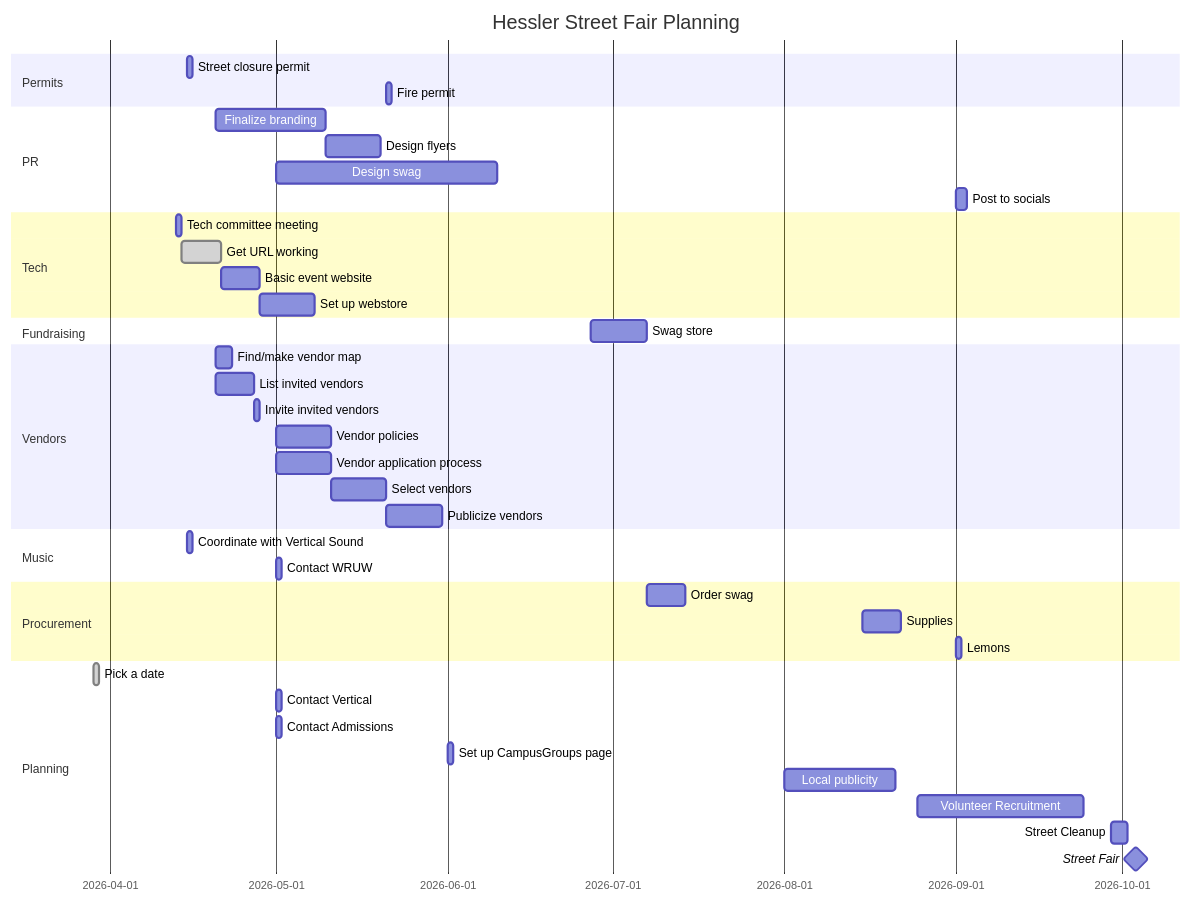
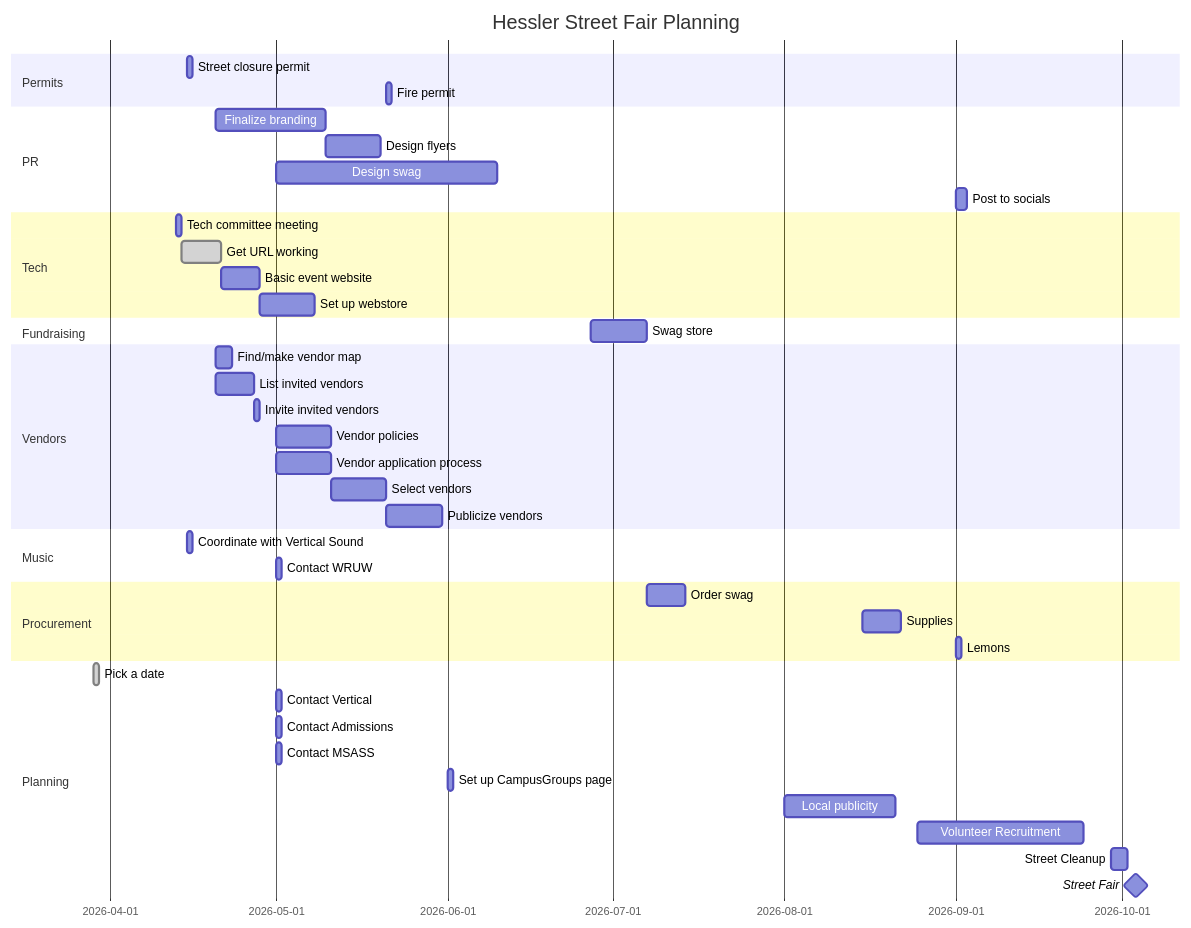
One commit to KCollins/KCollins.github.io changed the diagram in files/fairplan.md. Above: the diagram before and after it, drawn with Mermaid.

````diff
--- a/files/fairplan.md
+++ b/files/fairplan.md
@@ -1,46 +1,47 @@
 ```mermaid
 gantt
     title  Hessler Street Fair Planning
     dateFormat YYYY-MM-DD
     section Permits
             Street closure permit    :streetpermit, 2026-04-15, 1d
             Fire permit    :firepermit, after vendorselect, 1d
 
     section PR
             Finalize branding : brand, 2026-04-20, 20d
             Design flyers : flyers, after brand, 10d
             Design swag    : designswag, 2026-05-01, 40d
             Post to socials: socials, 2026-09-01, 2d
     section Tech
             Tech committee meeting: techmeet, 2026-04-13, 1d
             Get URL working:done, url, after techmeet, 7d
             Basic event website: basicsite, after url, 7d
             Set up webstore: webstore, after basicsite, 10d
     section Fundraising
             Swag store    :swagstore, after designswag webstore swag, 10d
     section Vendors
             Find/make vendor map: vendormap, 2026-04-20, 3d
             List invited vendors: invitelist, 2026-04-20, 7d
             Invite invited vendors: invite, after invitelist, 1d
             Vendor policies: policy, 2026-05-01, 10d
             Vendor application process: vendorapp, 2026-05-01, 10d
             Select vendors: vendorselect, after vendorapp, 10d
             Publicize vendors: vendor-announce, after vendorselect, 10d
     section Music
             Coordinate with Vertical Sound    :vertical, 2026-04-15, 1d
             Contact WRUW: wruw, 2026-05-01, 1d
     section Procurement
             Order swag:   swag, after swagstore, 7d
             Supplies: supplies, 2026-08-15, 7d
             Lemons: lemons, 2026-09-01, 1d
     section Planning
             Pick a date :done, pick, 2026-03-29, 1d
             Contact Vertical: vertical, 2026-05-01, 1d
             Contact Admissions: admissions, 2026-05-01, 1d
+            Contact MSASS: msass, 2026-05-01, 1d
             Set up CampusGroups page: campusgroups, 2026-06-01, 1d
             Local publicity: publicize, 2026-08-01, 20d
             Volunteer Recruitment: recruit, 2026-08-25, 30d
             Street Cleanup: cleanup, 2026-09-29, 3d
             Street Fair        :milestone, streetfair, 2026-10-03, 1d
 
 ```
````
